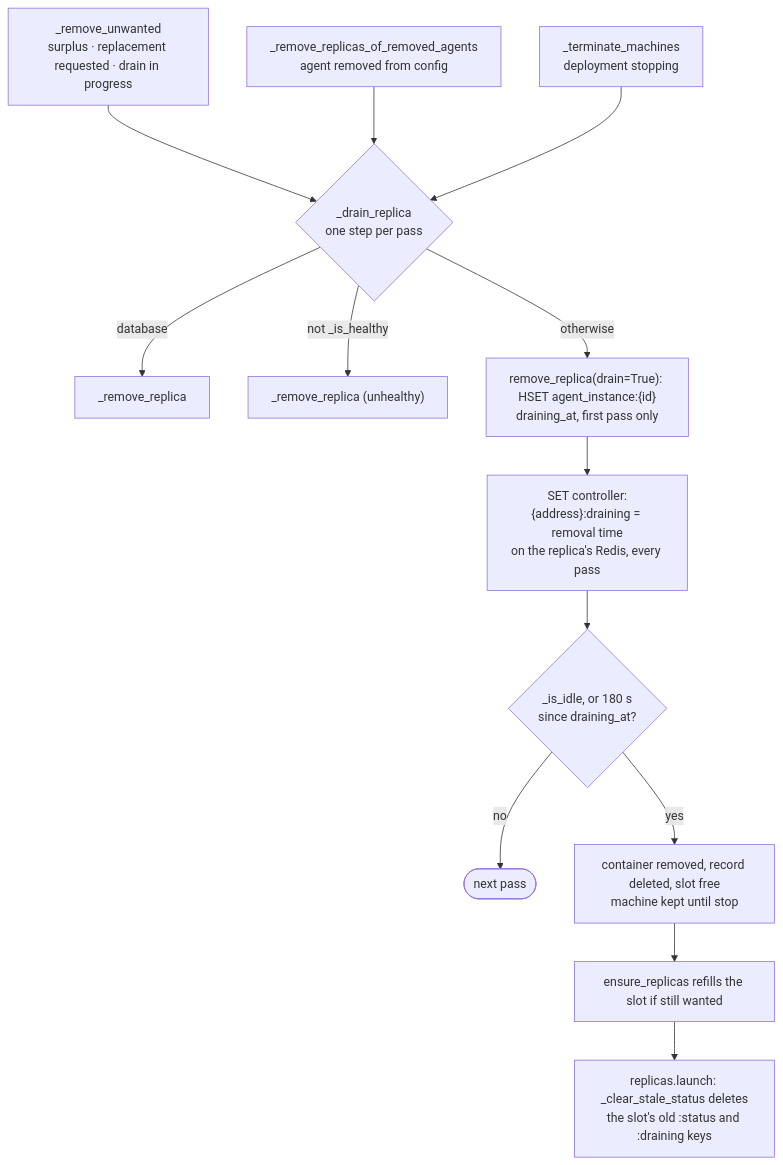
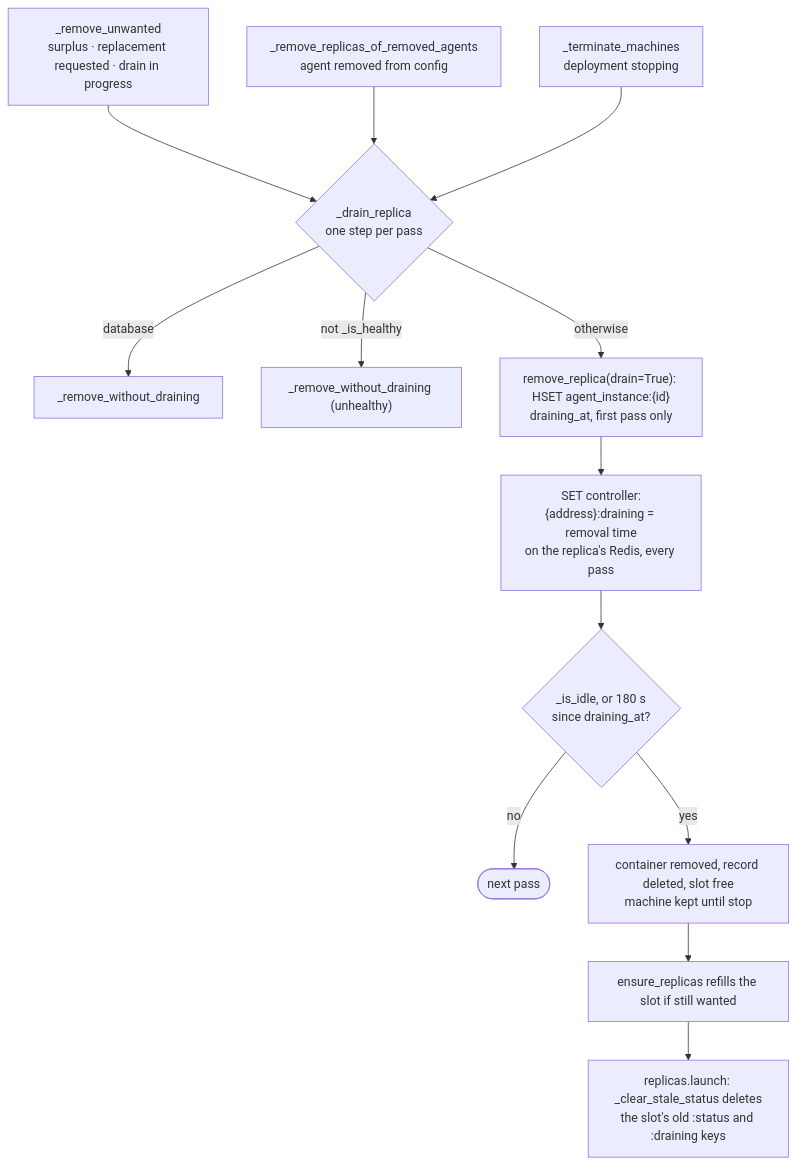
Before and after one commit to CanyonCodeCoreAI/canyonos: the first of 3 diagrams in docs/architecture/RECONCILER.md, drawn with Mermaid. The commit also changed other lines of this file and 57 other files, not shown here.

````diff
--- a/docs/architecture/RECONCILER.md
+++ b/docs/architecture/RECONCILER.md
@@ -133,15 +132,15 @@
 ```mermaid
 flowchart TD
     unwanted["_remove_unwanted<br/>surplus · replacement requested · drain in progress"] --> drain
     gone["_remove_replicas_of_removed_agents<br/>agent removed from config"] --> drain
     stop["_terminate_machines<br/>deployment stopping"] --> drain
-    drain{"_drain_replica<br/>one step per pass"} -->|database| now["_remove_replica"]
-    drain -->|not _is_healthy| unhealthy["_remove_replica (unhealthy)"]
+    drain{"_drain_replica<br/>one step per pass"} -->|database| now["_remove_without_draining"]
+    drain -->|not _is_healthy| unhealthy["_remove_without_draining (unhealthy)"]
     drain -->|otherwise| mark["remove_replica(drain=True): HSET agent_instance:{id}<br/>draining_at, first pass only"]
     mark --> flag["SET controller:{address}:draining = removal time<br/>on the replica's Redis, every pass"]
     flag --> idle{"_is_idle, or 180 s<br/>since draining_at?"}
     idle -->|no| next(["next pass"])
     idle -->|yes| drained["container removed, record deleted, slot free<br/>machine kept until stop"]
     drained --> refill["ensure_replicas refills the slot if still wanted"]
     refill --> clear["replicas.launch: _clear_stale_status deletes<br/>the slot's old :status and :draining keys"]
 ```
````
